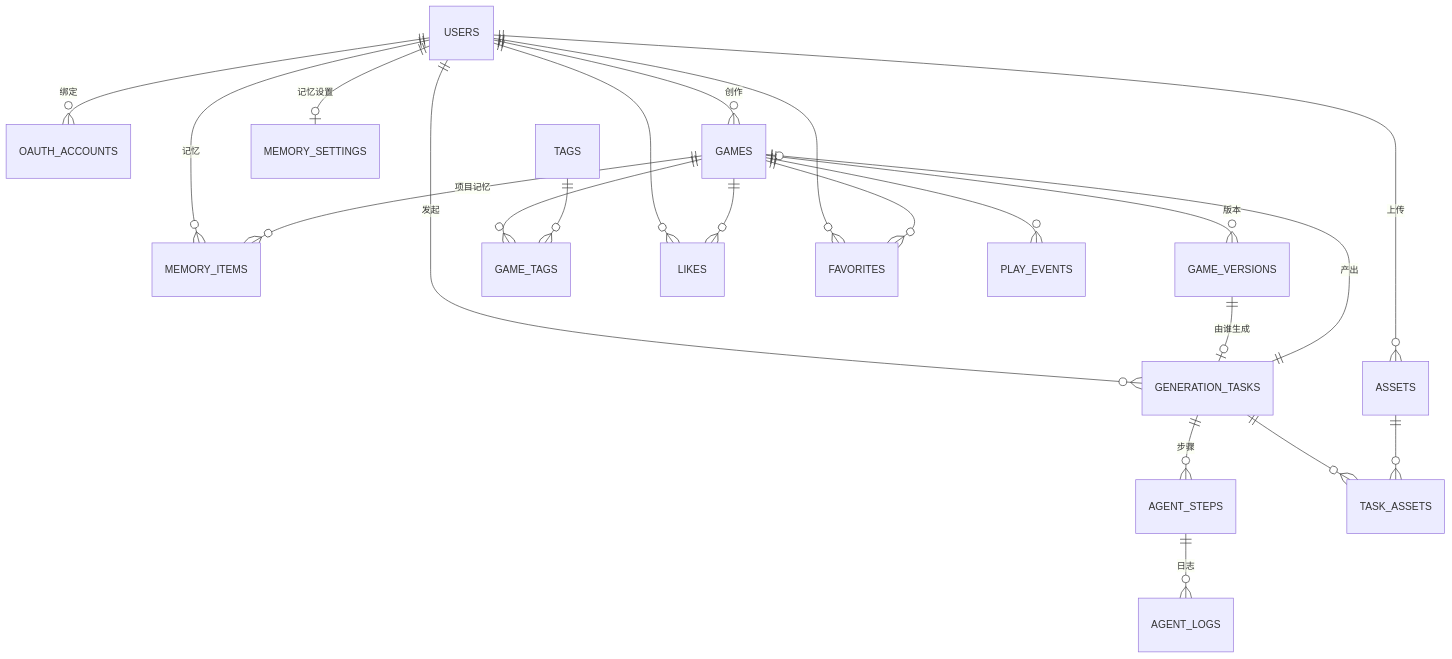
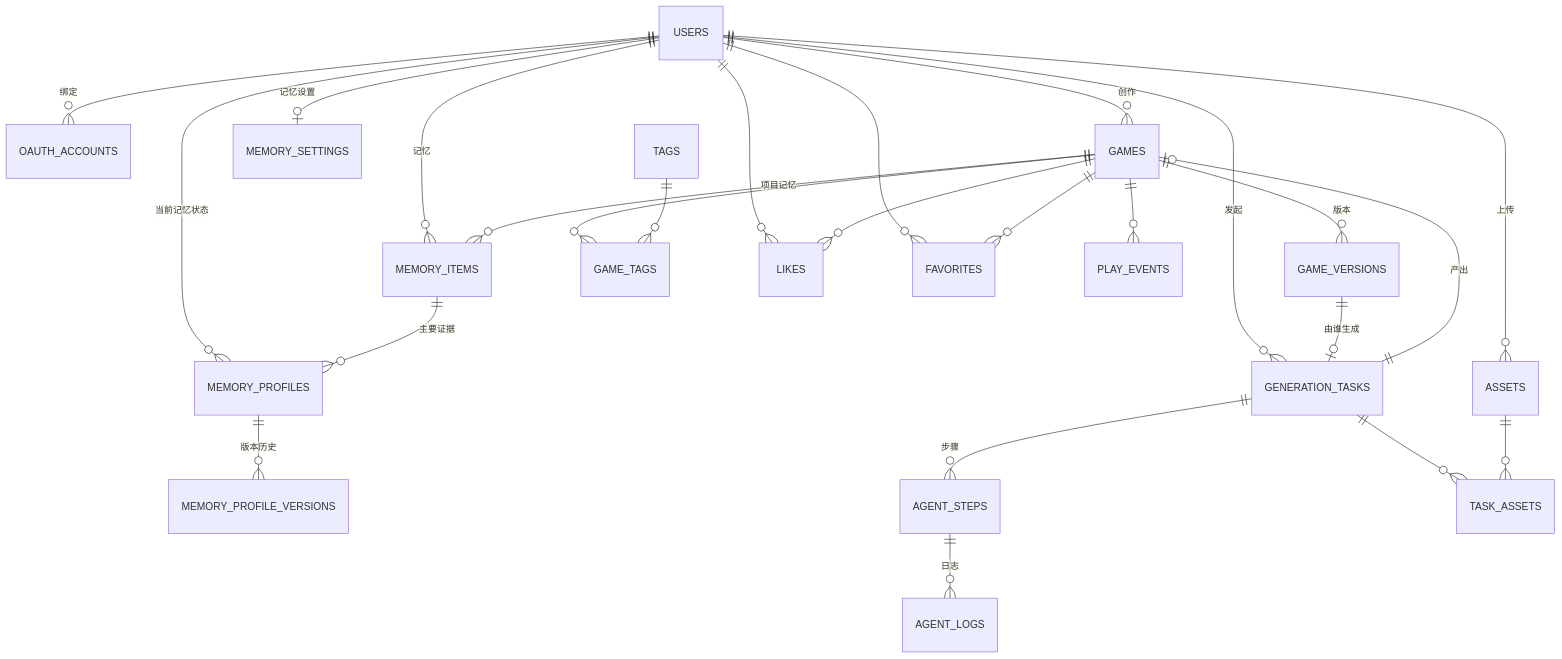
The diagram in docs/数据模型与接口.md (charlie11sun-netizen/yahaha), drawn with Mermaid before and after one commit. The commit also changed other lines of this file and 18 other files, not shown here.

Commit message:
Implement automatic memory profile consolidation

````diff
--- a/docs/数据模型与接口.md
+++ b/docs/数据模型与接口.md
@@ -11,24 +11,27 @@
 ```mermaid
 erDiagram
   USERS ||--o{ OAUTH_ACCOUNTS : "绑定"
   USERS ||--o{ GAMES : "创作"
   USERS ||--o{ GENERATION_TASKS : "发起"
   USERS ||--o{ ASSETS : "上传"
   USERS ||--o| MEMORY_SETTINGS : "记忆设置"
   USERS ||--o{ MEMORY_ITEMS : "记忆"
+  USERS ||--o{ MEMORY_PROFILES : "当前记忆状态"
+  MEMORY_ITEMS ||--o{ MEMORY_PROFILES : "主要证据"
+  MEMORY_PROFILES ||--o{ MEMORY_PROFILE_VERSIONS : "版本历史"
   GAMES ||--o{ GAME_VERSIONS : "版本"
   GAMES ||--o{ MEMORY_ITEMS : "项目记忆"
   GAMES ||--o{ GAME_TAGS : ""
   TAGS  ||--o{ GAME_TAGS : ""
   GENERATION_TASKS ||--o{ AGENT_STEPS : "步骤"
   AGENT_STEPS ||--o{ AGENT_LOGS : "日志"
   GENERATION_TASKS ||--o{ TASK_ASSETS : ""
   ASSETS ||--o{ TASK_ASSETS : ""
   GENERATION_TASKS ||--o| GAMES : "产出"
   GAME_VERSIONS ||--o| GENERATION_TASKS : "由谁生成"
   USERS ||--o{ LIKES : ""
   GAMES ||--o{ LIKES : ""
   USERS ||--o{ FAVORITES : ""
   GAMES ||--o{ FAVORITES : ""
   GAMES ||--o{ PLAY_EVENTS : ""
 ```
````
